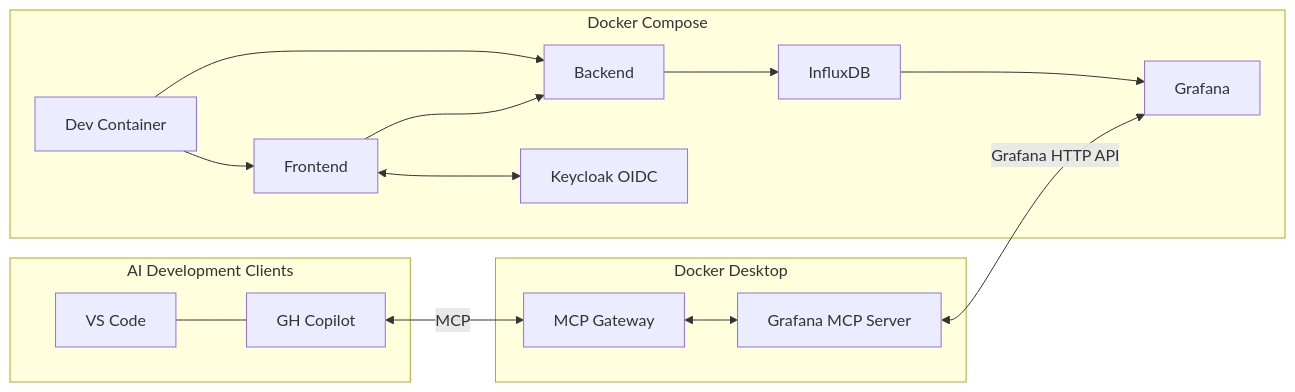
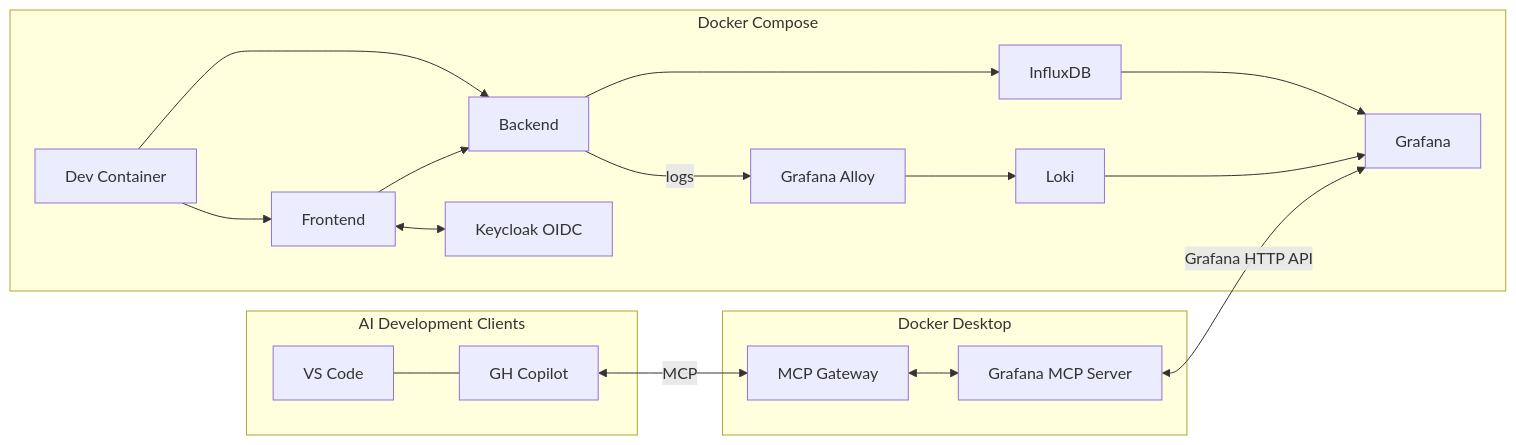
One commit to ValentinTwin1206/modern-python-devops-egineering changed the diagram in docs/chapter-04/section-04.md. Above: the diagram before and after it, drawn with Mermaid. The commit also changed 26 other files, not shown here.

````diff
--- a/docs/chapter-04/section-04.md
+++ b/docs/chapter-04/section-04.md
@@ -12,32 +12,37 @@
 ```mermaid
 flowchart LR
     subgraph CLIENTS["AI Development Clients"]
         VS["VS Code"]
         CP["GH Copilot"]
         VS --- CP
     end
 
     subgraph DOCKER_DESKTOP["Docker Desktop"]
         GW["MCP Gateway"]
         GMCP["Grafana MCP Server"]
         GW <--> GMCP
     end
 
     subgraph COMPOSE["Docker Compose"]
         DC["Dev Container"] --> F
         DC --> A
         F["Frontend"]
         K["Keycloak OIDC"]
         A["Backend"]
         I["InfluxDB"]
         G["Grafana"]
+        ALLOY["Grafana Alloy"]
+        LOKI["Loki"]
 
         F <--> K
         F --> A
         A --> I
         I --> G
+        A -->|logs| ALLOY
+        ALLOY --> LOKI
+        LOKI --> G
     end
 
     CP <-->|"MCP"| GW
     GMCP <-->|"Grafana HTTP API"| G 
 ```
````
